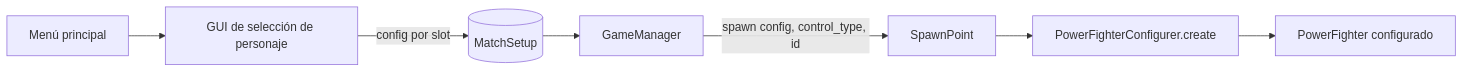
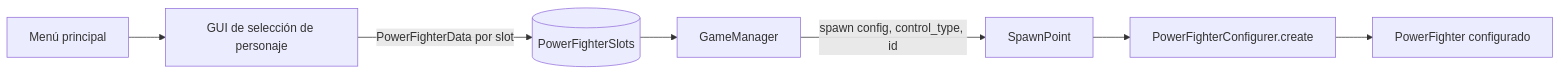
The diagram in docs/arquitectura/nota-power-fighter-configurer.md (CocoMarck/SuperSmashTux), drawn with Mermaid before and after one commit. The commit also changed other lines of this file and 17 other files, not shown here.

Commit message:
PowerFighterSlots. Información de vidas y configuracion de peleadores en game manager. Remplaza MatchSetup

````diff
--- a/docs/arquitectura/nota-power-fighter-configurer.md
+++ b/docs/arquitectura/nota-power-fighter-configurer.md
@@ -275,9 +284,9 @@
 ```mermaid
 flowchart LR
     MM[Menú principal] --> CS[GUI de selección de personaje]
-    CS -->|config por slot| STORE[(MatchSetup)]
+    CS -->|PowerFighterData por slot| STORE[(PowerFighterSlots)]
     STORE --> GM[GameManager]
     GM -->|spawn config, control_type, id| SP[SpawnPoint]
     SP --> PFC[PowerFighterConfigurer.create]
     PFC --> PF[PowerFighter configurado]
 ```
````
